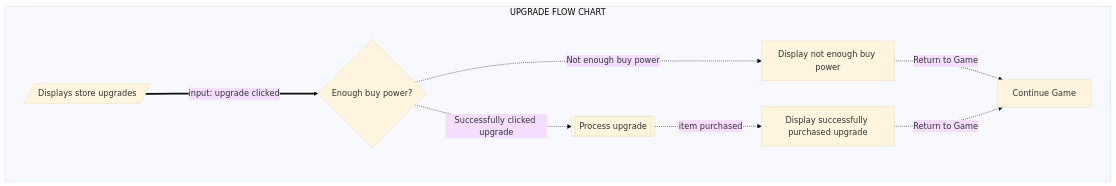
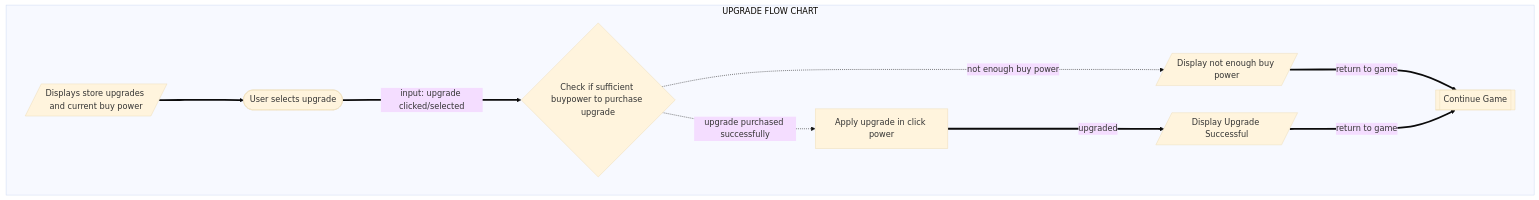
One commit to kaesotiric/money_clicker_game changed the second of 2 diagrams in clicker_project/flows.md. Above: the diagram before and after it, drawn with Mermaid (base theme). The commit also changed other lines of this file and 12 other files, not shown here.

````diff
--- a/clicker_project/flows.md
+++ b/clicker_project/flows.md
@@ -23,17 +29,19 @@
 ```mermaid
 flowchart TD
     subgraph UPGRADE FLOW CHART
-        display[/Displays store upgrades/]
-        purchase[[Process upgrade]]
-        errorDisplay[Display not enough buy power]
-        upgraded[Display successfully purchased upgrade]
-        continueGame[Continue Game]
-        display-result{Enough buy power?}
-        display ==input: upgrade clicked===> display-result
-        display-result -.Successfully clicked upgrade.-> purchase
-        display-result -.Not enough buy power.-> errorDisplay
-        errorDisplay-.Return to Game.->continueGame
-        purchase-.item purchased.->upgraded
-        upgraded-.Return to Game.->continueGame
+        display[/Displays store upgrades and current buy power/]
+        selectUpgrade([User selects upgrade])
+        errorDisplay[/Display not enough buy power/]
+        continueGame[[Continue Game]]
+        display-result{Check if sufficient buypower to purchase upgrade}
+        purchase[Apply upgrade in click power]
+        upgraded[/Display Upgrade Successful/]
+        display===> selectUpgrade
+        selectUpgrade == input: upgrade clicked/selected ===> display-result
+        display-result -. upgrade purchased successfully .-> purchase
+        display-result -. not enough buy power .-> errorDisplay
+        errorDisplay== return to game ===>continueGame
+        purchase== upgraded ===>upgraded
+        upgraded== return to game ===>continueGame
     end
 ```
````
